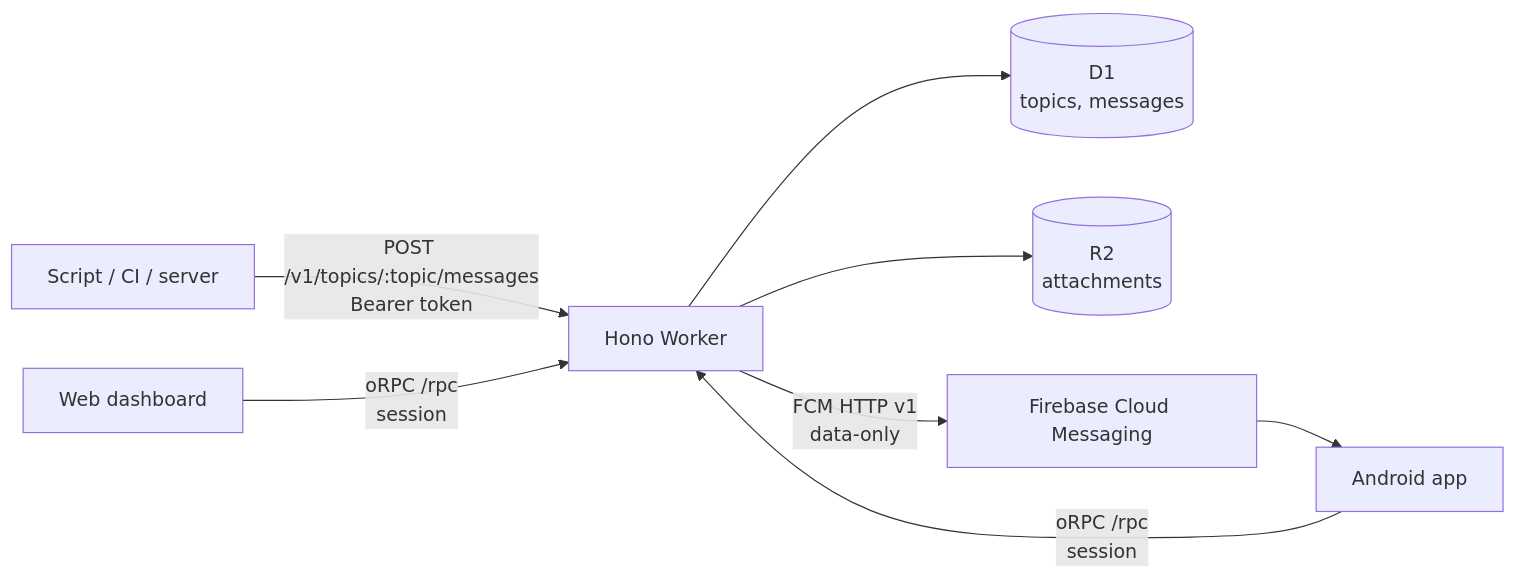
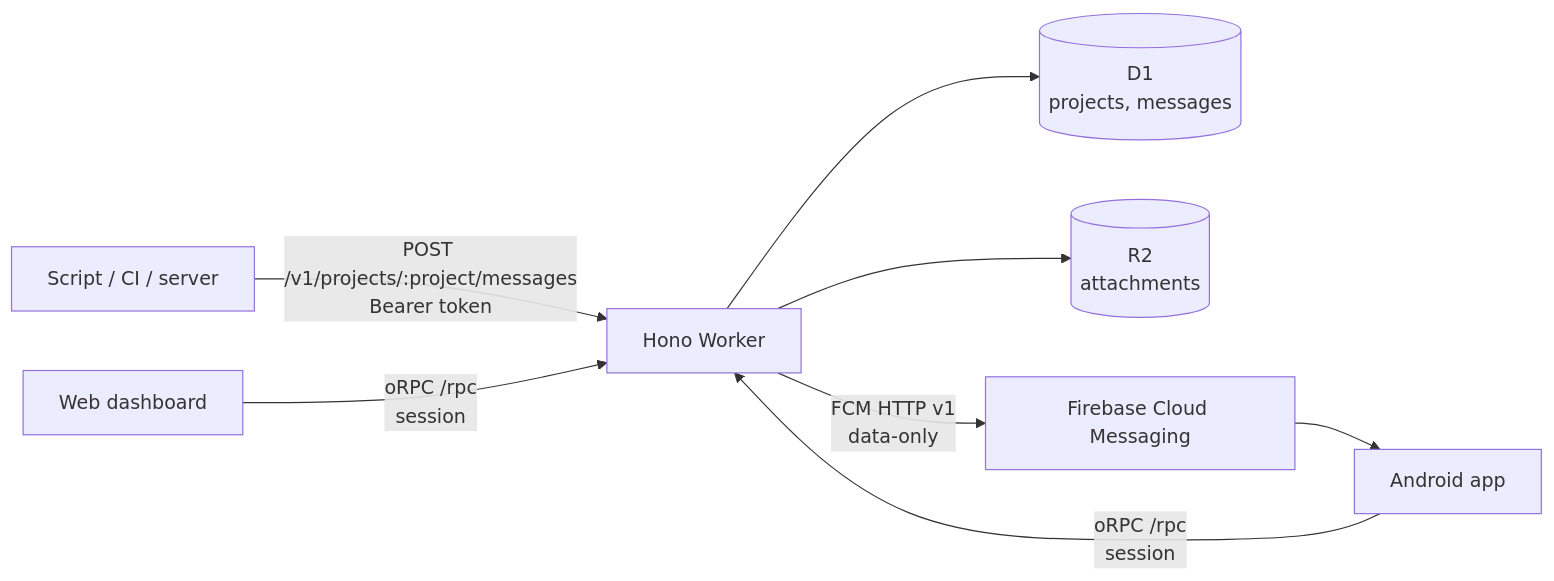
The diagram in apps/fumadocs/content/docs/index.mdx (BRTZL/pocket-notifier), drawn with Mermaid before and after one commit. The commit also changed other lines of this file and 20 other files, not shown here.

First line of the commit message:
docs: say project everywhere, drop topics

````diff
--- a/apps/fumadocs/content/docs/index.mdx
+++ b/apps/fumadocs/content/docs/index.mdx
@@ -19,10 +19,10 @@
 ```mermaid
 flowchart LR
-  script["Script / CI / server"] -- "POST /v1/topics/:topic/messages<br/>Bearer token" --> worker["Hono Worker"]
-  worker --> d1[("D1<br/>topics, messages")]
+  script["Script / CI / server"] -- "POST /v1/projects/:project/messages<br/>Bearer token" --> worker["Hono Worker"]
+  worker --> d1[("D1<br/>projects, messages")]
   worker --> r2[("R2<br/>attachments")]
   worker -- "FCM HTTP v1<br/>data-only" --> fcm["Firebase Cloud Messaging"]
   fcm --> android["Android app"]
   android -- "oRPC /rpc<br/>session" --> worker
   web["Web dashboard"] -- "oRPC /rpc<br/>session" --> worker
 ```
````
